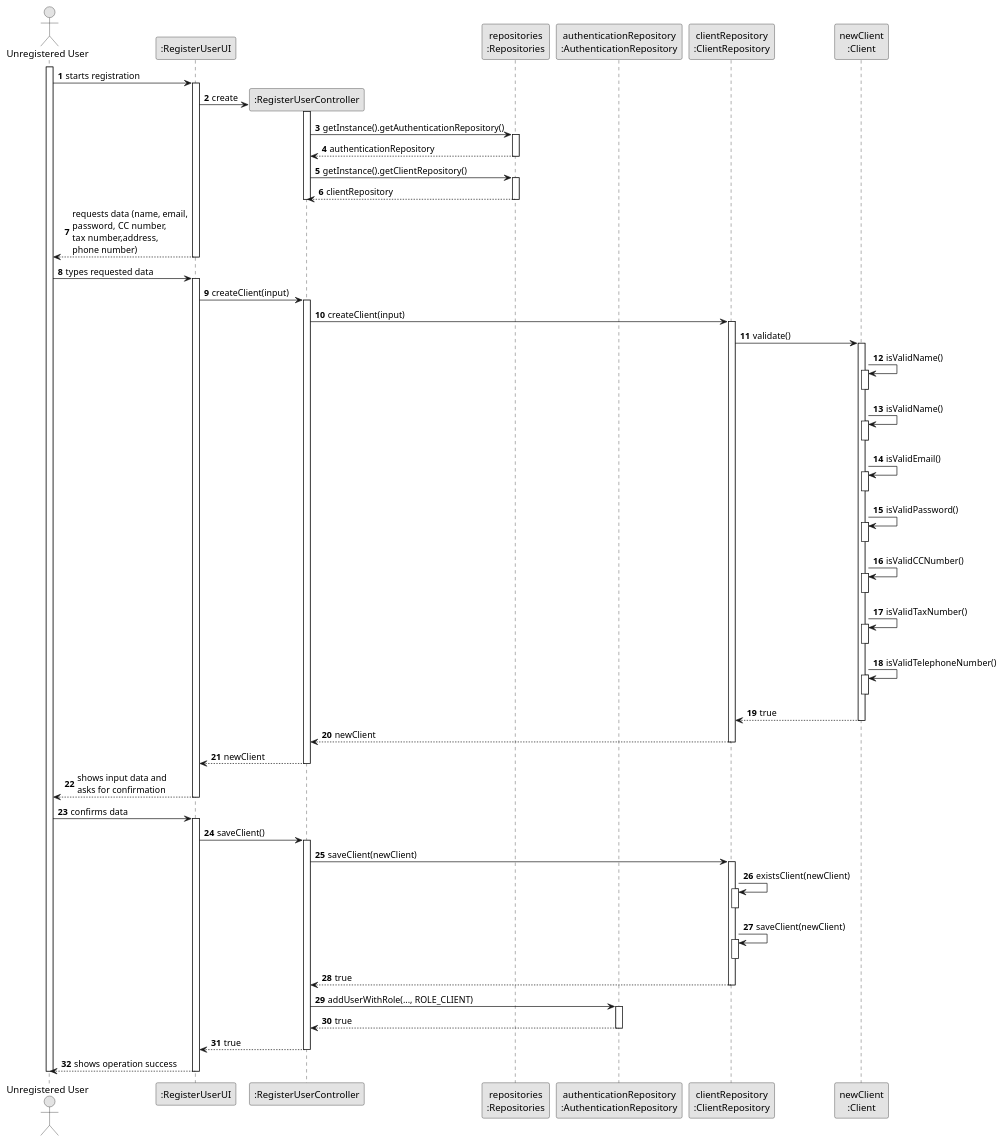
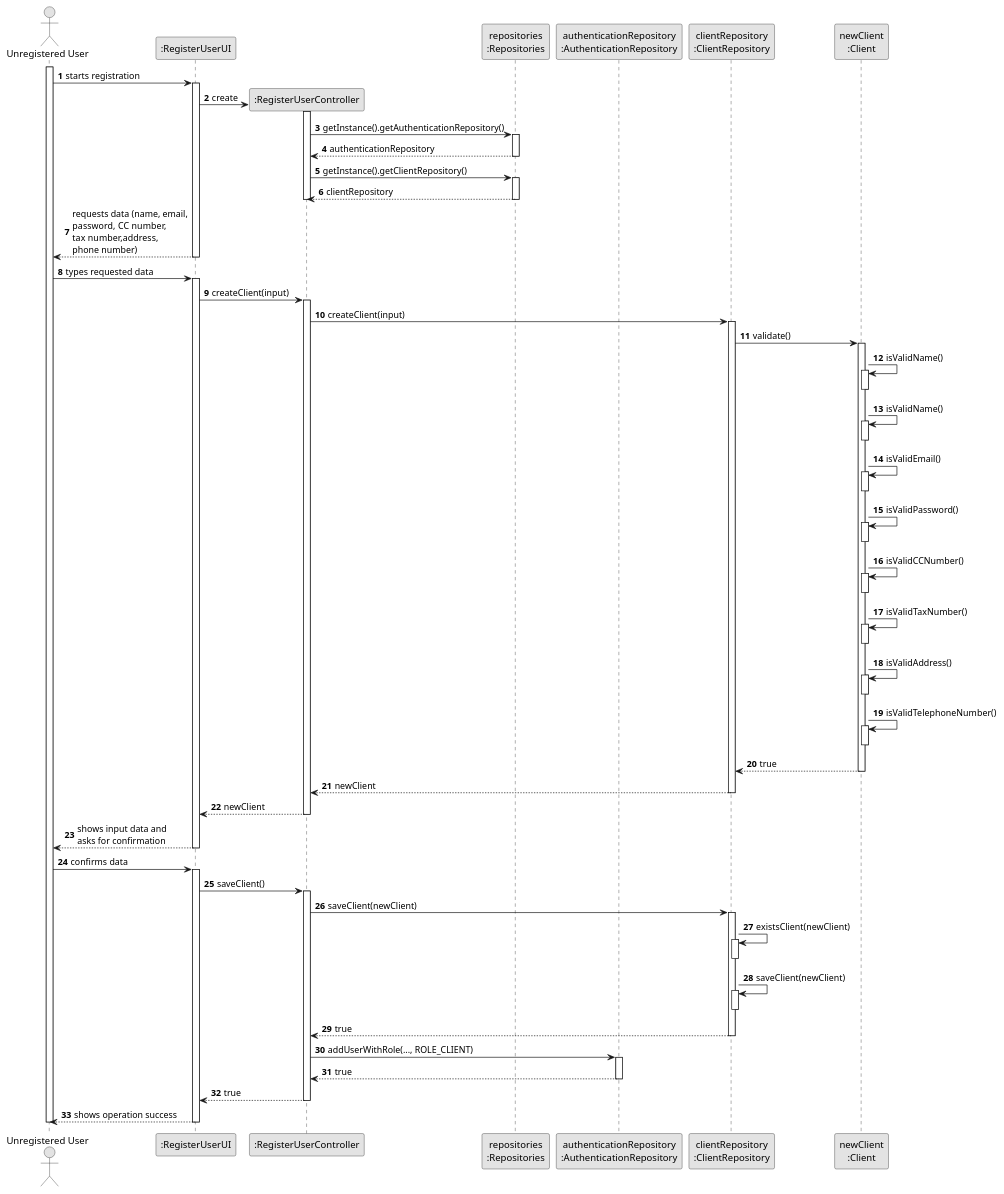
The diagram in docs/sprintC/US007/03.design/puml/us007-sequence-diagram.puml (tiagohcorreia/LAPR2), drawn with PlantUML before and after one commit.

Commit message:
US07 - Added missing validation logic the Sequence Diagram

```diff
--- a/docs/sprintC/US007/03.design/puml/us007-sequence-diagram.puml
+++ b/docs/sprintC/US007/03.design/puml/us007-sequence-diagram.puml
@@ -1,89 +1,92 @@
 @startuml
 'https://plantuml.com/sequence-diagram
 
 skinparam monochrome true
 skinparam shadowing false
 autonumber
 
 actor "Unregistered User" as uu
 participant ":RegisterUserUI" as ui
 participant ":RegisterUserController" as ctrl
 participant "repositories\n:Repositories" as repos
 participant "authenticationRepository\n:AuthenticationRepository" as authRepo
 participant "clientRepository\n:ClientRepository" as clientRepo
 participant "newClient\n:Client" as client
 
 activate uu
 uu -> ui: starts registration
 activate ui
 ui -> ctrl**: create
 activate ctrl
 ctrl -> repos: getInstance().getAuthenticationRepository()
 activate repos
 return authenticationRepository
 ctrl -> repos: getInstance().getClientRepository()
 activate repos
 return clientRepository
 deactivate ctrl
 return requests data (name, email,\npassword, CC number,\ntax number,address,\nphone number)
 
 uu -> ui: types requested data
 activate ui
 
 ui -> ctrl: createClient(input)
 activate ctrl
 ctrl -> clientRepo: createClient(input)
 activate clientRepo
 clientRepo -> client: validate()
 activate client
     client -> client: isValidName()
     activate client
     deactivate client
     client -> client: isValidName()
     activate client
     deactivate client
     client -> client: isValidEmail()
     activate client
     deactivate client
     client -> client: isValidPassword()
     activate client
     deactivate client
     client -> client: isValidCCNumber()
     activate client
     deactivate client
     client -> client: isValidTaxNumber()
     activate client
     deactivate client
+    client -> client: isValidAddress()
+    activate client
+    deactivate client
     client -> client: isValidTelephoneNumber()
     activate client
 deactivate client
 return true
 
 return newClient
 return newClient
 return shows input data and\nasks for confirmation
 
 uu -> ui: confirms data
 activate ui
 ui -> ctrl: saveClient()
 activate ctrl
 ctrl -> clientRepo: saveClient(newClient)
 activate clientRepo
 clientRepo -> clientRepo: existsClient(newClient)
 activate clientRepo
 deactivate clientRepo
 clientRepo -> clientRepo: saveClient(newClient)
 activate clientRepo
 deactivate clientRepo
 return true
 ctrl -> authRepo: addUserWithRole(..., ROLE_CLIENT)
 activate authRepo
 return true
 return true
 return shows operation success
 
 
 
 
 deactivate uu
 @enduml
```
